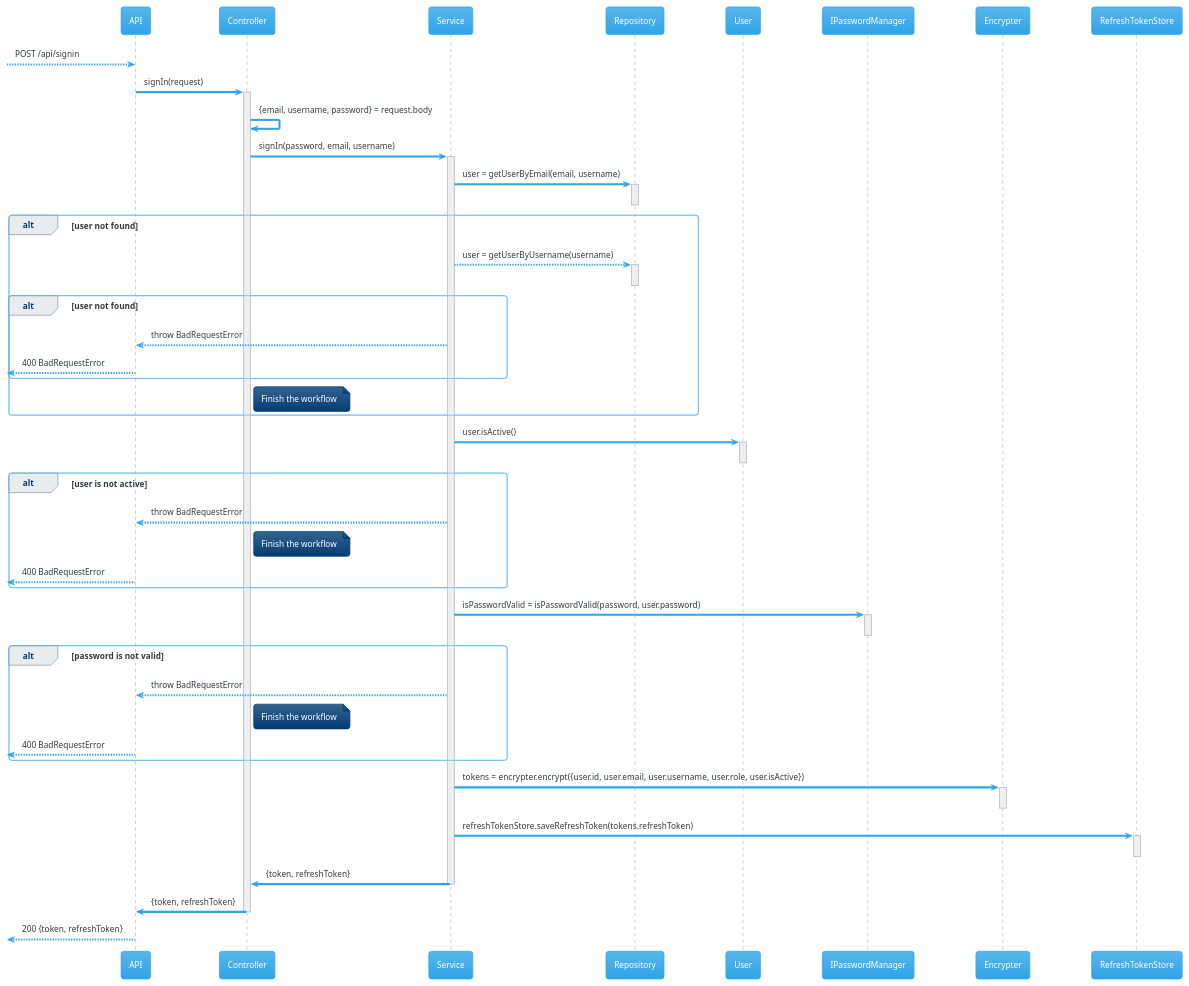
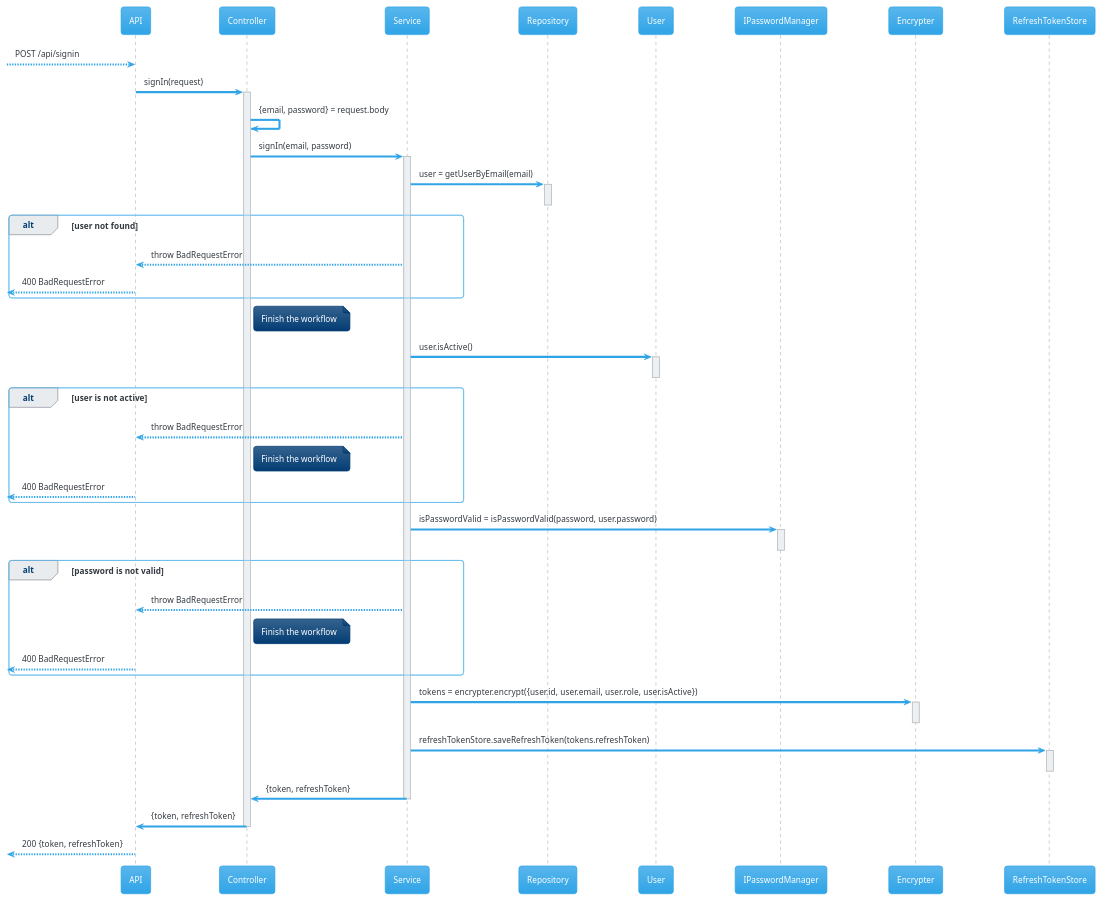
The diagram in docs/authentication/signin/signin.sd.puml (ArturBrito/auth), drawn with PlantUML before and after one commit. The commit also changed 1 other file, not shown here.

```diff
--- a/docs/authentication/signin/signin.sd.puml
+++ b/docs/authentication/signin/signin.sd.puml
@@ -1,73 +1,68 @@
 @startuml
 !theme cerulean
 participant "API" as API
 participant "Controller" as Ctrl
 participant "Service" as Service
 participant "Repository" as Repo
 participant "User" as User
 participant "IPasswordManager" as PassManager
 participant "Encrypter" as Encrypter
 participant "RefreshTokenStore" as RefreshTokenStore
 
 
 --> API: POST /api/signin
 API -> Ctrl: signIn(request)
 activate Ctrl
-Ctrl -> Ctrl: {email, username, password} = request.body
-Ctrl -> Service: signIn(password, email, username)
+Ctrl -> Ctrl: {email, password} = request.body
+Ctrl -> Service: signIn(email, password)
 activate Service
-Service -> Repo: user = getUserByEmail(email, username)
+Service -> Repo: user = getUserByEmail(email)
 activate Repo
 deactivate Repo
 alt user not found
-    Service --> Repo: user = getUserByUsername(username)
-    activate Repo
-    deactivate Repo
-    alt user not found
         Service --> API: throw BadRequestError
         
         <-- API: 400 BadRequestError
     end
     note right of Ctrl
         Finish the workflow
-    end note
-end
+end note
 
 Service -> User: user.isActive()
 activate User
 deactivate User
 alt user is not active
     Service --> API: throw BadRequestError
     note right of Ctrl
         Finish the workflow
     end note
     <-- API: 400 BadRequestError
 end
 
 Service -> PassManager: isPasswordValid = isPasswordValid(password, user.password)
 activate PassManager
 deactivate PassManager
 alt password is not valid
     Service --> API: throw BadRequestError
     note right of Ctrl
         Finish the workflow
     end note
     <-- API: 400 BadRequestError
 end
 
-Service -> Encrypter: tokens = encrypter.encrypt({user.id, user.email, user.username, user.role, user.isActive})
+Service -> Encrypter: tokens = encrypter.encrypt({user.id, user.email, user.role, user.isActive})
 activate Encrypter
 deactivate Encrypter
 
 Service -> RefreshTokenStore: refreshTokenStore.saveRefreshToken(tokens.refreshToken)
 activate RefreshTokenStore
 deactivate RefreshTokenStore
 
 Service -> Ctrl: {token, refreshToken}
 deactivate Service
 Ctrl -> API: {token, refreshToken}
 deactivate Ctrl
 <-- API : 200 {token, refreshToken}
 
 
 @enduml
```
